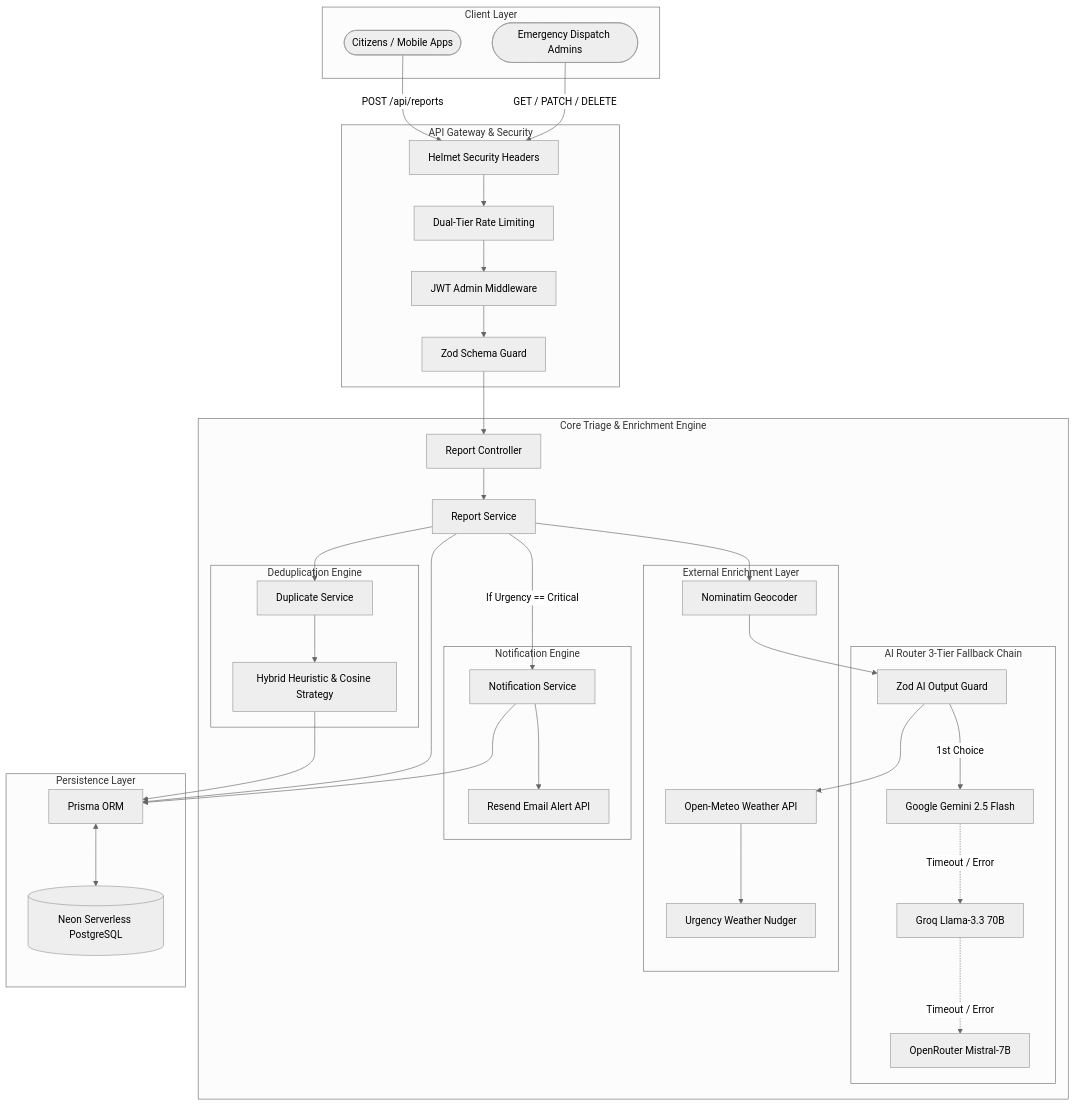
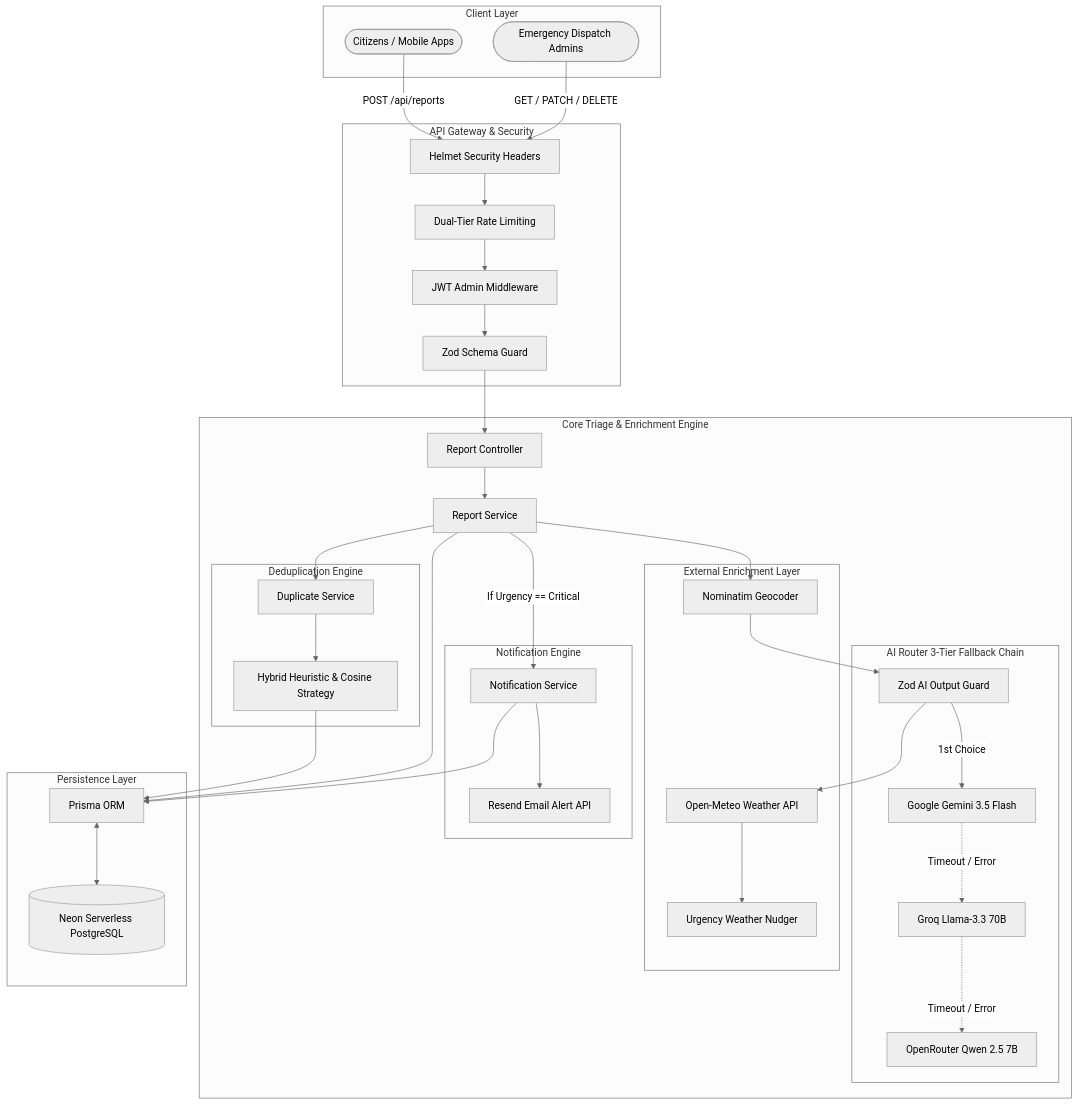
One commit to fardinhossain/CrisisDeskAI changed the diagram in README.md. Above: the diagram before and after it, drawn with Mermaid (neutral theme). The commit also changed other lines of this file and 3 other files, not shown here.

Commit message:
feat: configure OpenRouter to use Qwen and update README with project structure

````diff
--- a/README.md
+++ b/README.md
@@ -23,73 +23,73 @@
 ```mermaid
 graph TD
     subgraph Client Layer
         Citizens([Citizens / Mobile Apps])
         Admins([Emergency Dispatch Admins])
     end
 
     subgraph API Gateway & Security
         Helmet[Helmet Security Headers]
         RateLimit[Dual-Tier Rate Limiting]
         AuthGuard[JWT Admin Middleware]
         ZodValidator[Zod Schema Guard]
     end
 
     subgraph Core Triage & Enrichment Engine
         ReportCtrl[Report Controller]
         ReportSvc[Report Service]
         
         subgraph AI Router 3-Tier Fallback Chain
-            Gemini[Google Gemini 2.5 Flash]
+            Gemini[Google Gemini 3.5 Flash]
             Groq[Groq Llama-3.3 70B]
-            OpenRouter[OpenRouter Mistral-7B]
+            OpenRouter[OpenRouter Qwen 2.5 7B]
             AiGuard[Zod AI Output Guard]
         end
         
         subgraph External Enrichment Layer
             Nominatim[Nominatim Geocoder]
             OpenMeteo[Open-Meteo Weather API]
             UrgencyNudge[Urgency Weather Nudger]
         end
 
         subgraph Deduplication Engine
             DupeSvc[Duplicate Service]
             HybridStrategy[Hybrid Heuristic & Cosine Strategy]
         end
 
         subgraph Notification Engine
             NoteSvc[Notification Service]
             Resend[Resend Email Alert API]
         end
     end
 
     subgraph Persistence Layer
         Prisma[Prisma ORM]
         Neon[(Neon Serverless PostgreSQL)]
     end
 
     Citizens -->|POST /api/reports| Helmet
     Admins -->|GET / PATCH / DELETE| Helmet
     Helmet --> RateLimit
     RateLimit --> AuthGuard
     AuthGuard --> ZodValidator
     ZodValidator --> ReportCtrl
     ReportCtrl --> ReportSvc
 
     ReportSvc --> Nominatim
     Nominatim --> AiGuard
     AiGuard -->|1st Choice| Gemini
     Gemini -.->|Timeout / Error| Groq
     Groq -.->|Timeout / Error| OpenRouter
     AiGuard --> OpenMeteo
     OpenMeteo --> UrgencyNudge
 
     ReportSvc --> DupeSvc
     DupeSvc --> HybridStrategy
     HybridStrategy --> Prisma
 
     ReportSvc -->|If Urgency == Critical| NoteSvc
     NoteSvc --> Resend
     NoteSvc --> Prisma
     ReportSvc --> Prisma
     Prisma <--> Neon
 ```
````
